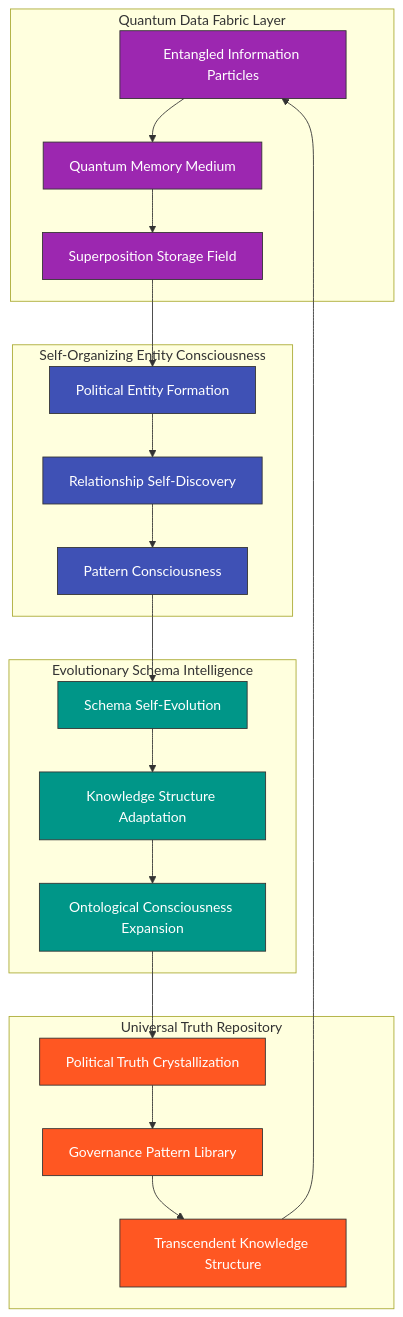
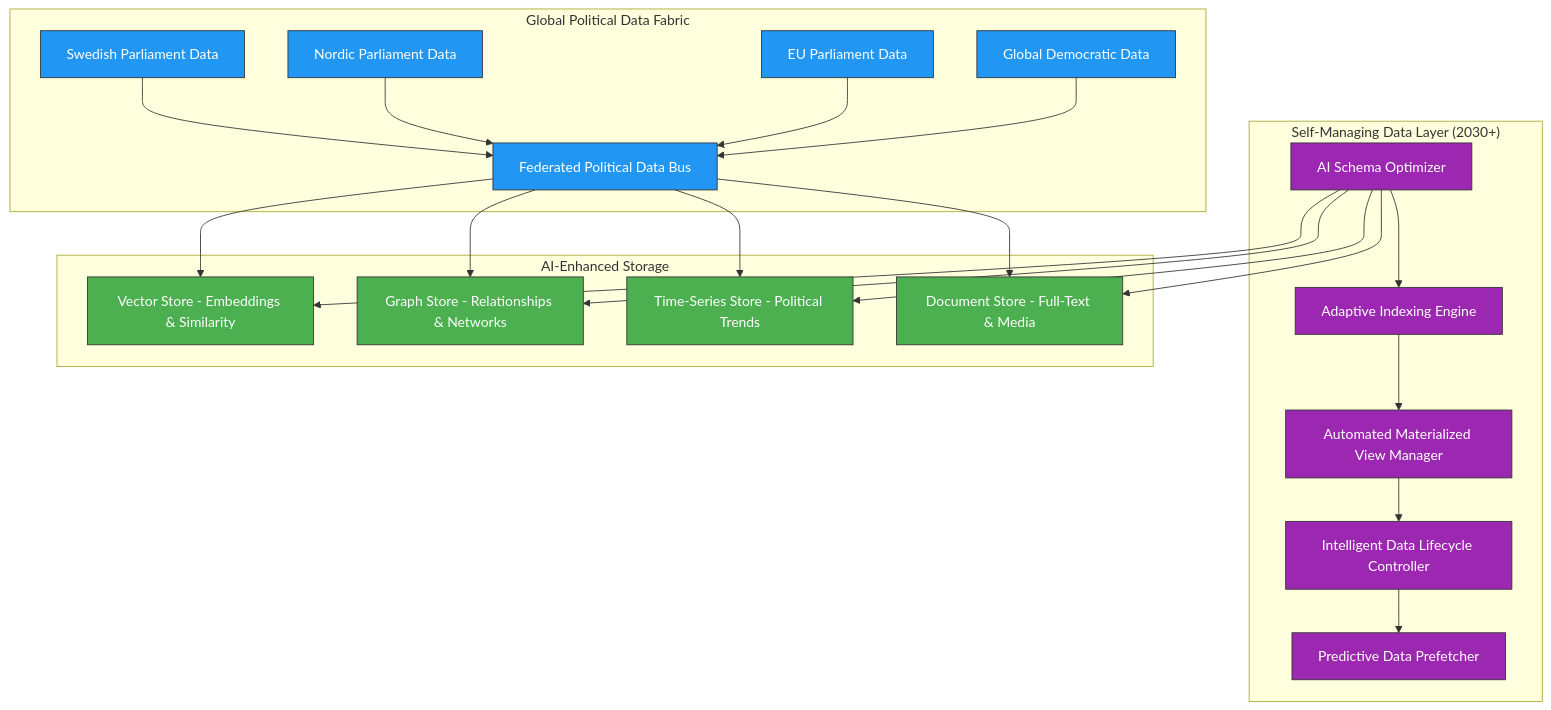
The third of 5 diagrams in FUTURE_DATA_MODEL.md (Hack23/cia), drawn with Mermaid before and after one commit. The commit also changed other lines of this file and 5 other files, not shown here.

Commit message:
docs: update FUTURE_ARCHITECTURE, FUTURE_DATA_MODEL, FUTURE_FLOWCHART, FUTURE_MINDMAP, FUTURE_STATEDIAGRAM, FUTURE_SWOT with 2026-2037 roadmap

````diff
--- a/FUTURE_DATA_MODEL.md
+++ b/FUTURE_DATA_MODEL.md
@@ -9,41 +255,41 @@
 ```mermaid
 graph TD
-    subgraph "Quantum Data Fabric Layer"
-        QDF1[Entangled Information Particles]
-        QDF2[Quantum Memory Medium]
-        QDF3[Superposition Storage Field]
+    subgraph "Self-Managing Data Layer (2030+)"
+        A[AI Schema Optimizer] --> B[Adaptive Indexing Engine]
+        B --> C[Automated Materialized View Manager]
+        C --> D[Intelligent Data Lifecycle Controller]
+        D --> E[Predictive Data Prefetcher]
     end
-    
-    subgraph "Self-Organizing Entity Consciousness"
-        SOE1[Political Entity Formation]
-        SOE2[Relationship Self-Discovery]
-        SOE3[Pattern Consciousness]
+
+    subgraph "Global Political Data Fabric"
+        F[Swedish Parliament Data] --> G[Federated Political Data Bus]
+        H[Nordic Parliament Data] --> G
+        I[EU Parliament Data] --> G
+        J[Global Democratic Data] --> G
     end
-    
-    subgraph "Evolutionary Schema Intelligence"
-        ESI1[Schema Self-Evolution]
-        ESI2[Knowledge Structure Adaptation]
-        ESI3[Ontological Consciousness Expansion]
+
+    subgraph "AI-Enhanced Storage"
+        K[Vector Store - Embeddings & Similarity]
+        L[Graph Store - Relationships & Networks]
+        M[Time-Series Store - Political Trends]
+        N[Document Store - Full-Text & Media]
     end
-    
-    subgraph "Universal Truth Repository"
-        UTR1[Political Truth Crystallization]
-        UTR2[Governance Pattern Library]
-        UTR3[Transcendent Knowledge Structure]
-    end
-    
-    QDF1 --> QDF2 --> QDF3 --> SOE1
-    SOE1 --> SOE2 --> SOE3 --> ESI1
-    ESI1 --> ESI2 --> ESI3 --> UTR1
-    UTR1 --> UTR2 --> UTR3 --> QDF1
-    
-    classDef quantum fill:#9C27B0,stroke:#333,stroke-width:1px,color:white
-    classDef entity fill:#3F51B5,stroke:#333,stroke-width:1px,color:white
-    classDef schema fill:#009688,stroke:#333,stroke-width:1px,color:white
-    classDef truth fill:#FF5722,stroke:#333,stroke-width:1px,color:white
-    
-    class QDF1,QDF2,QDF3 quantum
-    class SOE1,SOE2,SOE3 entity
-    class ESI1,ESI2,ESI3 schema
-    class UTR1,UTR2,UTR3 truth
+
+    G --> K
+    G --> L
+    G --> M
+    G --> N
+
+    A --> K
+    A --> L
+    A --> M
+    A --> N
+
+    classDef ai fill:#9C27B0,stroke:#333,stroke-width:1px,color:white
+    classDef data fill:#2196F3,stroke:#333,stroke-width:1px,color:white
+    classDef storage fill:#4CAF50,stroke:#333,stroke-width:1px,color:white
+
+    class A,B,C,D,E ai
+    class F,G,H,I,J data
+    class K,L,M,N storage
 ```
````
